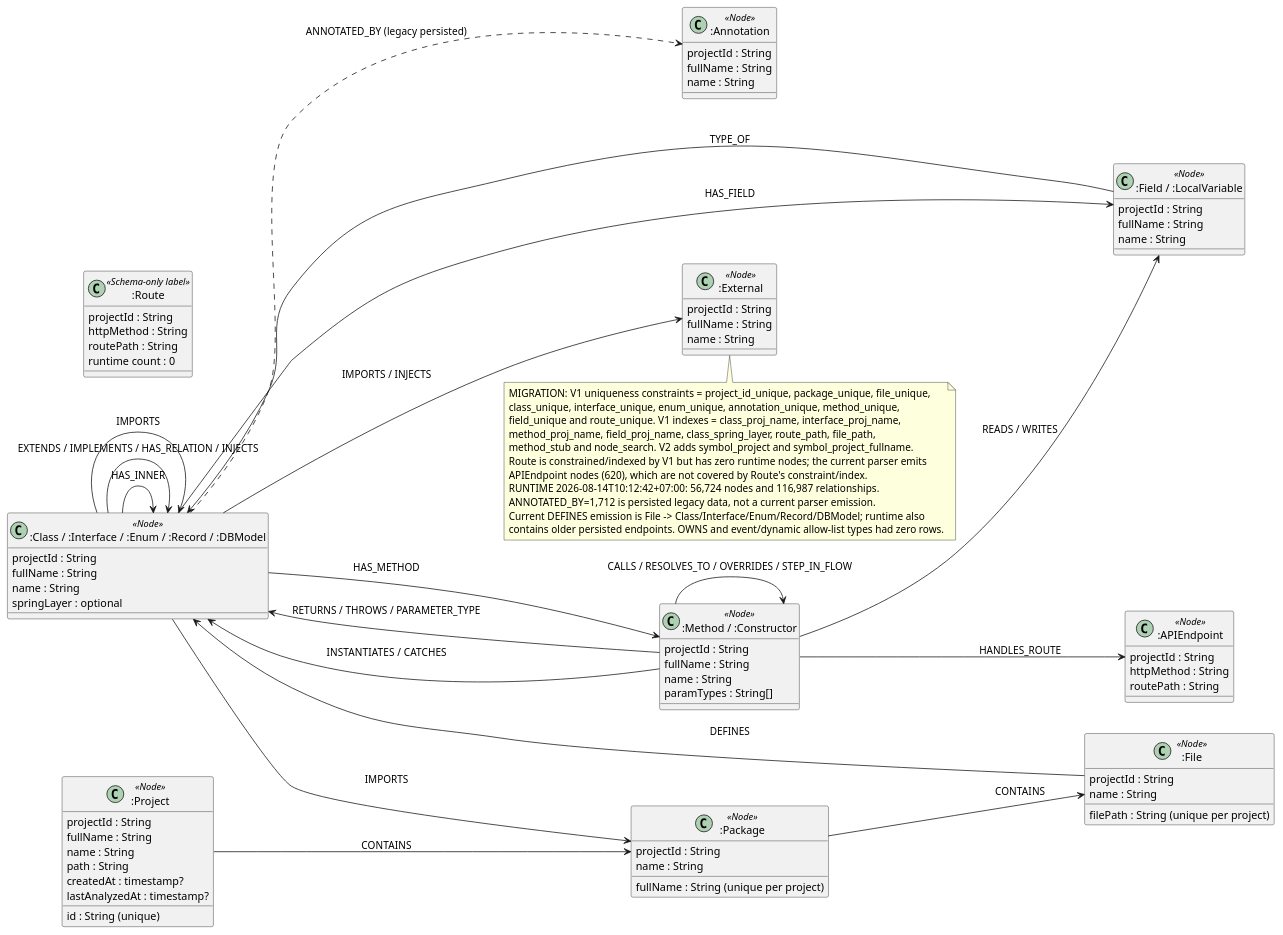
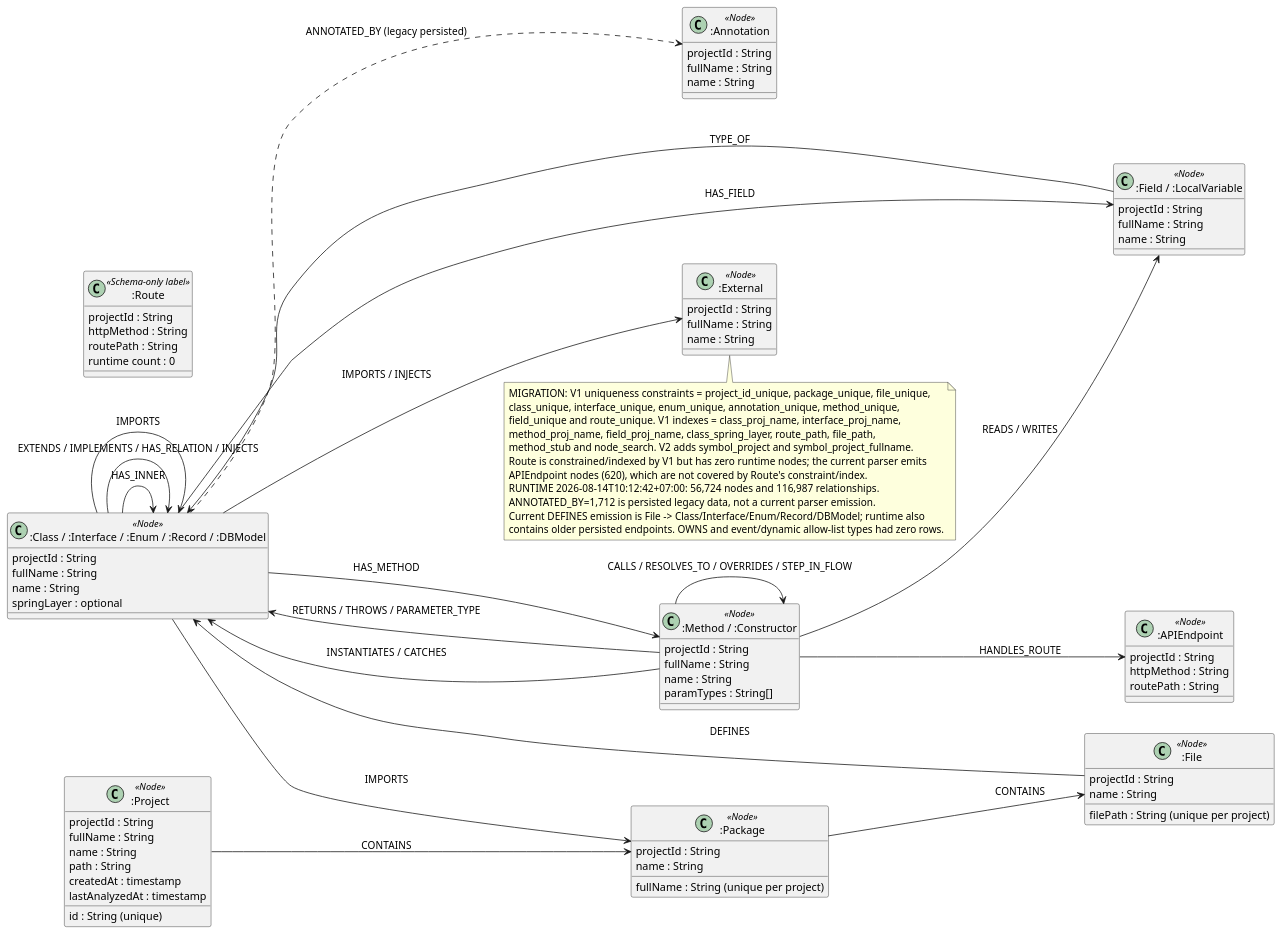
The second of 5 diagrams in Diagram/diagram update/plantuml_erd_component_class.md (ThinhChauTran263/VibeGraph-com), drawn with PlantUML before and after one commit. The commit also changed other lines of this file and 19 other files, not shown here.

Commit message:
refactor: reorganize diagram files and update PlantUML documentation

```diff
--- a/Diagram/diagram update/plantuml_erd_component_class.md
+++ b/Diagram/diagram update/plantuml_erd_component_class.md
@@ -288,8 +288,8 @@
   fullName : String
   name : String
   path : String
-  createdAt : timestamp?
-  lastAnalyzedAt : timestamp?
+  createdAt : timestamp
+  lastAnalyzedAt : timestamp
 }
 class ":Package" as Package <<Node>> {
   projectId : String
```
